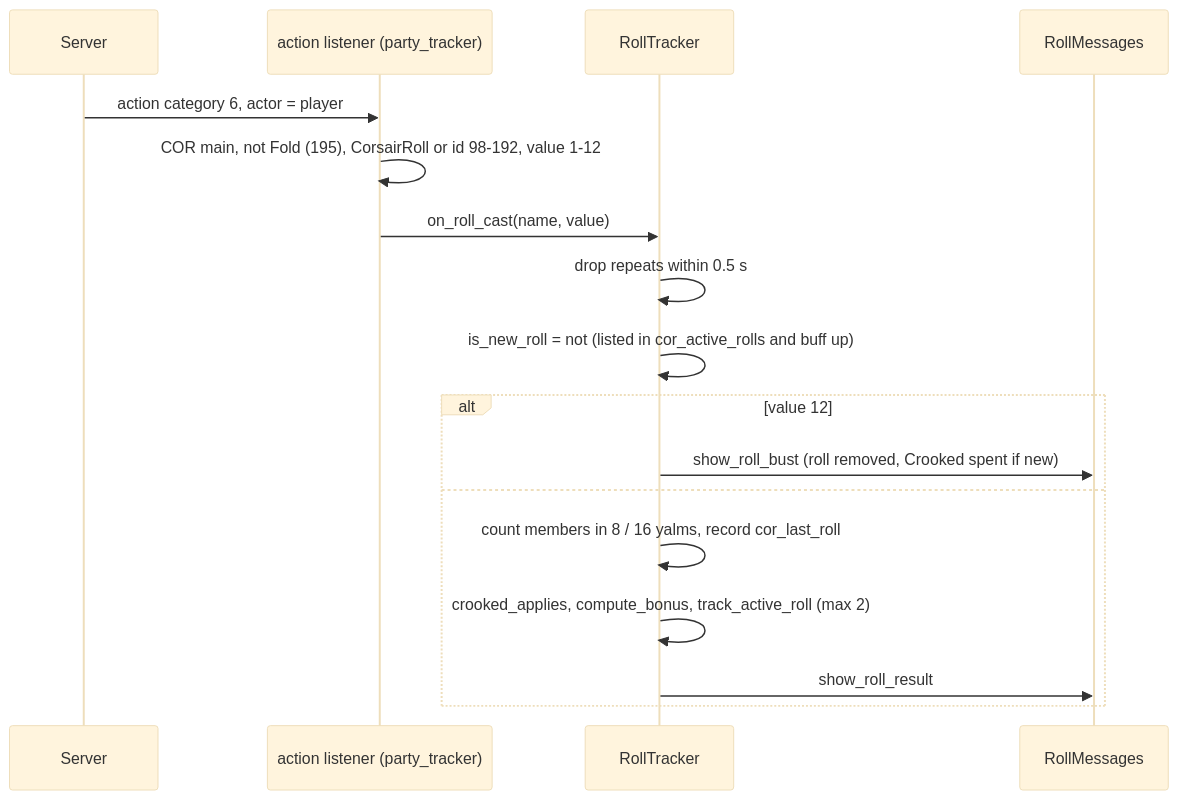
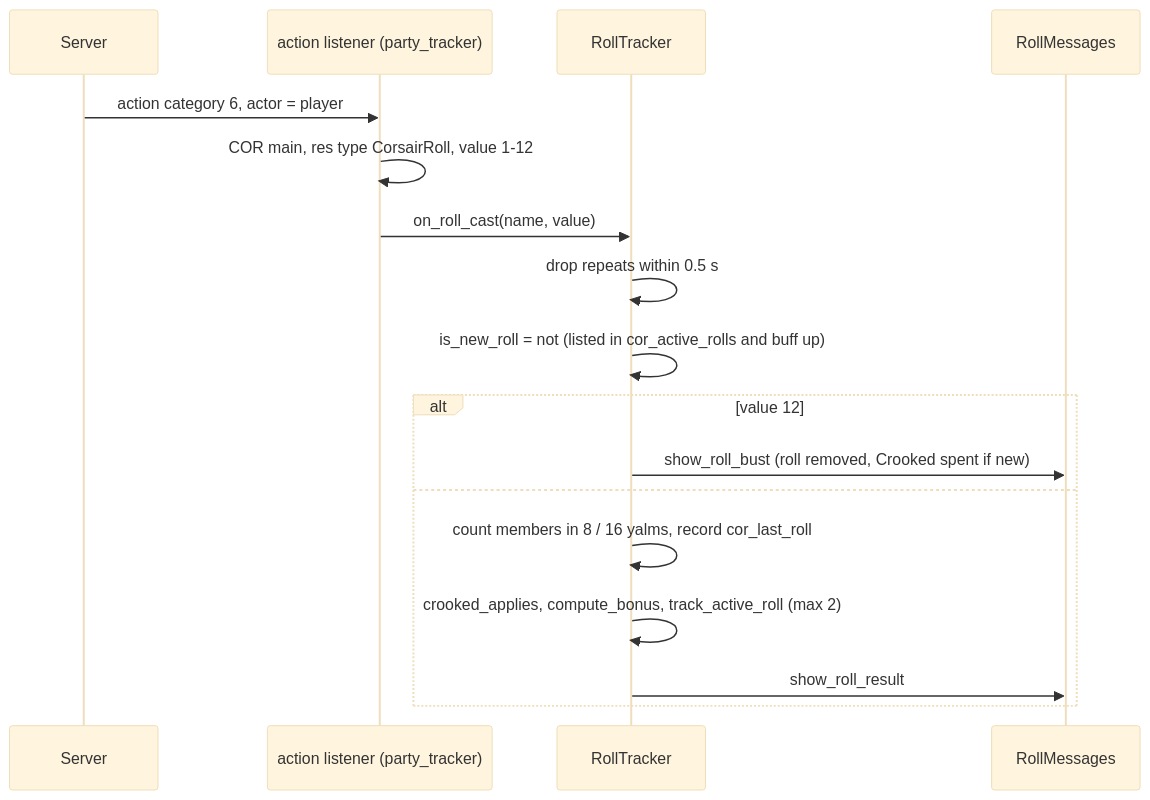
One commit to ejouanchicot/Gearswap changed the second of 2 diagrams in docs/dev/jobs/cor.md. Above: the diagram before and after it, drawn with Mermaid (base theme). The commit also changed other lines of this file and 81 other files, not shown here.

````diff
--- a/docs/dev/jobs/cor.md
+++ b/docs/dev/jobs/cor.md
@@ -163,19 +171,19 @@
 ```mermaid
 sequenceDiagram
     participant S as Server
     participant L as action listener (party_tracker)
     participant RT as RollTracker
     participant MF as RollMessages
     S->>L: action category 6, actor = player
-    L->>L: COR main, not Fold (195), CorsairRoll or id 98-192, value 1-12
+    L->>L: COR main, res type CorsairRoll, value 1-12
     L->>RT: on_roll_cast(name, value)
     RT->>RT: drop repeats within 0.5 s
     RT->>RT: is_new_roll = not (listed in cor_active_rolls and buff up)
     alt value 12
         RT->>MF: show_roll_bust (roll removed, Crooked spent if new)
     else
         RT->>RT: count members in 8 / 16 yalms, record cor_last_roll
         RT->>RT: crooked_applies, compute_bonus, track_active_roll (max 2)
         RT->>MF: show_roll_result
     end
 ```
````
